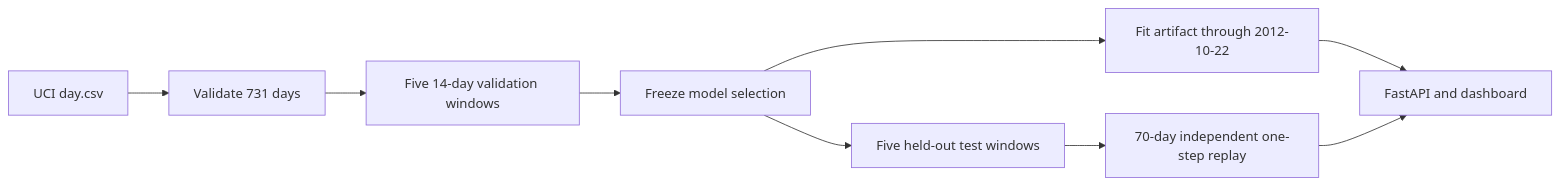
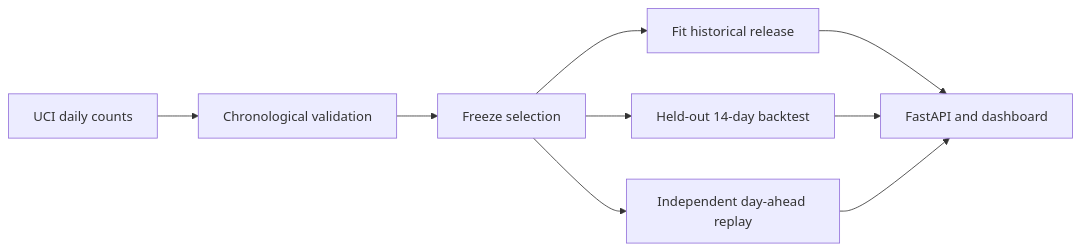
One commit to saidarshan20/ForecastOps changed the diagram in README.md. Above: the diagram before and after it, drawn with Mermaid. The commit also changed other lines of this file and 29 other files, not shown here.

````diff
--- a/README.md
+++ b/README.md
@@ -29,11 +128,11 @@
 ```mermaid
 flowchart LR
-    A[UCI day.csv] --> B[Validate 731 days]
-    B --> C[Five 14-day validation windows]
-    C --> D[Freeze model selection]
-    D --> E[Five held-out test windows]
-    D --> F[Fit artifact through 2012-10-22]
-    E --> G[70-day independent one-step replay]
-    F --> H[FastAPI and dashboard]
-    G --> H
+    A[UCI daily counts] --> B[Chronological validation]
+    B --> C[Freeze selection]
+    C --> D[Held-out 14-day backtest]
+    C --> E[Fit historical release]
+    C --> F[Independent day-ahead replay]
+    E --> G[FastAPI and dashboard]
+    D --> G
+    F --> G
 ```
````
